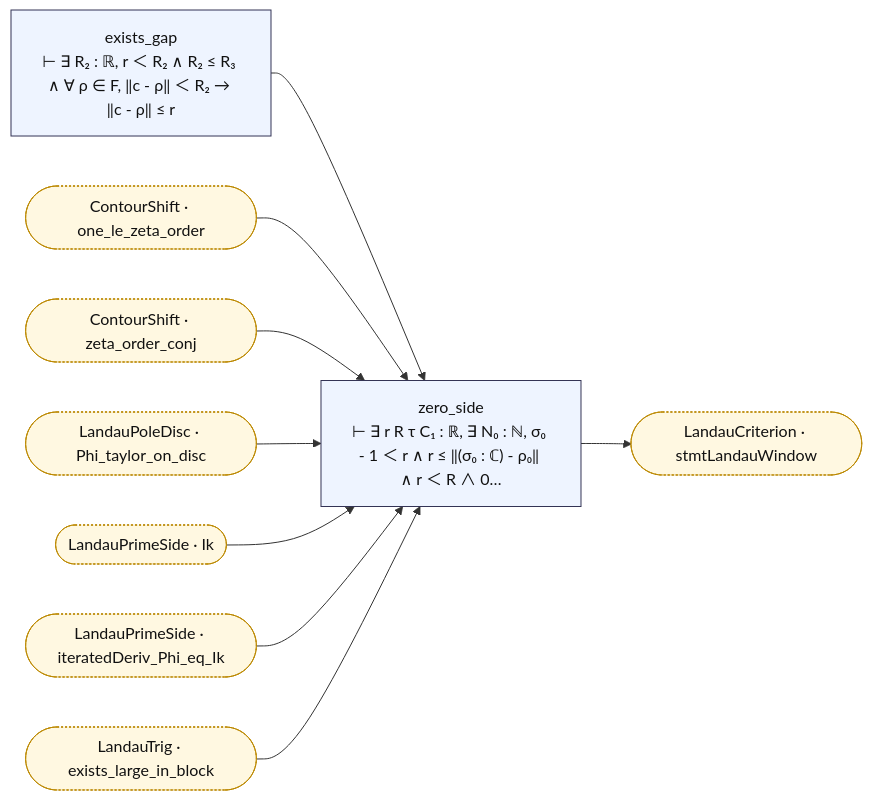
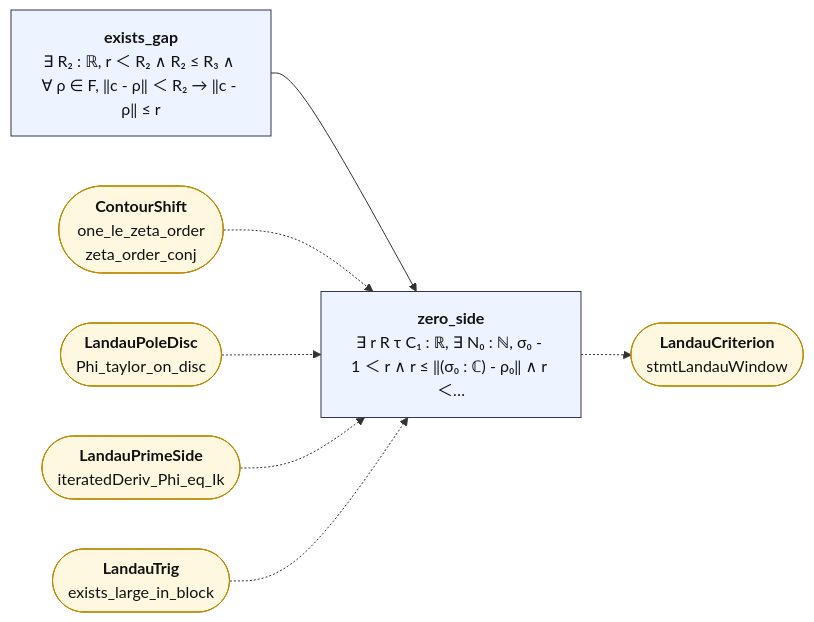
Before and after one commit to juliansambranojr/Primebeat_081426: the diagram in map/lean_stage3/LandauZeroSide.md, drawn with Mermaid. The commit also changed other lines of this file and 387 other files, not shown here.

````diff
--- a/map/lean_stage3/LandauZeroSide.md
+++ b/map/lean_stage3/LandauZeroSide.md
@@ -8,26 +12,21 @@
 ```mermaid
 flowchart LR
-  n0["exists_gap<br/>⊢ ∃ R₂ : ℝ, r ＜ R₂ ∧ R₂ ≤ R₃ ∧ ∀ ρ ∈ F, ‖c - ρ‖ ＜ R₂ → ‖c - ρ‖ ≤ r"]:::thm
-  n1["zero_side<br/>⊢ ∃ r R τ C₁ : ℝ, ∃ N₀ : ℕ, σ₀ - 1 ＜ r ∧ r ≤ ‖(σ₀ : ℂ) - ρ₀‖ ∧ r ＜ R ∧ 0…"]:::thm
-  x0(["ContourShift · one_le_zeta_order"]):::ext
-  x1(["ContourShift · zeta_order_conj"]):::ext
-  x2(["LandauCriterion · stmtLandauWindow"]):::ext
-  x3(["LandauPoleDisc · Phi_taylor_on_disc"]):::ext
-  x4(["LandauPrimeSide · Ik"]):::ext
-  x5(["LandauPrimeSide · iteratedDeriv_Phi_eq_Ik"]):::ext
-  x6(["LandauTrig · exists_large_in_block"]):::ext
+  n0["<b>exists_gap</b><br/>∃ R₂ : ℝ, r ＜ R₂ ∧ R₂ ≤ R₃ ∧ ∀ ρ ∈ F, ‖c - ρ‖ ＜ R₂ → ‖c - ρ‖ ≤ r"]:::thm
+  n1["<b>zero_side</b><br/>∃ r R τ C₁ : ℝ, ∃ N₀ : ℕ, σ₀ - 1 ＜ r ∧ r ≤ ‖(σ₀ : ℂ) - ρ₀‖ ∧ r ＜…"]:::thm
+  x0(["<b>ContourShift</b><br/>one_le_zeta_order<br/>zeta_order_conj"]):::ext
+  x1(["<b>LandauPoleDisc</b><br/>Phi_taylor_on_disc"]):::ext
+  x2(["<b>LandauPrimeSide</b><br/>iteratedDeriv_Phi_eq_Ik"]):::ext
+  x3(["<b>LandauTrig</b><br/>exists_large_in_block"]):::ext
+  x4(["<b>LandauCriterion</b><br/>stmtLandauWindow"]):::ext
   n0 --> n1
-  n1 --> x2
-  x0 --> n1
-  x1 --> n1
-  x3 --> n1
-  x4 --> n1
-  x5 --> n1
-  x6 --> n1
+  n1 -.-> x4
+  x0 -.-> n1
+  x1 -.-> n1
+  x2 -.-> n1
+  x3 -.-> n1
   classDef thm fill:#eef4ff,stroke:#335,color:#111
-  classDef dfn fill:#f2f2f2,stroke:#777,color:#111
   classDef end_ fill:#e7f7e7,stroke:#2a7,color:#111,stroke-width:2px
   classDef lone fill:#fff,stroke:#999,color:#111,stroke-dasharray:4 3
   classDef bad fill:#ffe5e5,stroke:#c22,color:#111,stroke-width:2px
-  classDef ext fill:#fff8e1,stroke:#b80,color:#111,stroke-dasharray:2 2
+  classDef ext fill:#fff8e1,stroke:#b80,color:#111
 ```
````
